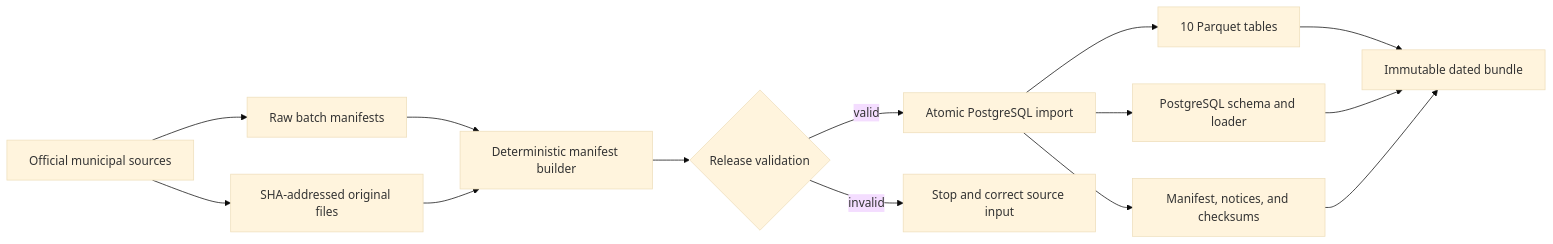
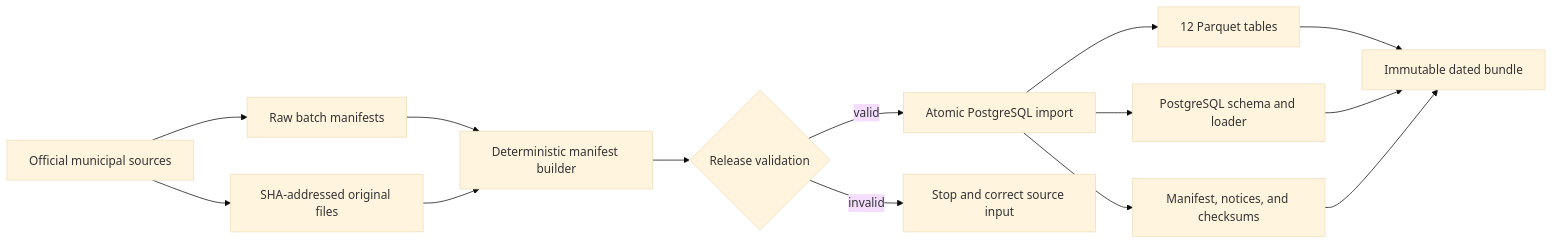
The second of 2 diagrams in docs/public_institution_ontology.md (BuildCanada/york_factory), drawn with Mermaid (base theme) before and after one commit. The commit also changed other lines of this file and 23 other files, not shown here.

````diff
--- a/docs/public_institution_ontology.md
+++ b/docs/public_institution_ontology.md
@@ -180,16 +180,16 @@
 ```mermaid
 flowchart LR
     A[Official municipal sources] --> B[Raw batch manifests]
     A --> C[SHA-addressed original files]
     B --> D[Deterministic manifest builder]
     C --> D
     D --> E{Release validation}
     E -->|valid| F[Atomic PostgreSQL import]
     E -->|invalid| G[Stop and correct source input]
-    F --> H[10 Parquet tables]
+    F --> H[12 Parquet tables]
     F --> I[PostgreSQL schema and loader]
     F --> J[Manifest, notices, and checksums]
     H --> K[Immutable dated bundle]
     I --> K
     J --> K
 ```
````
